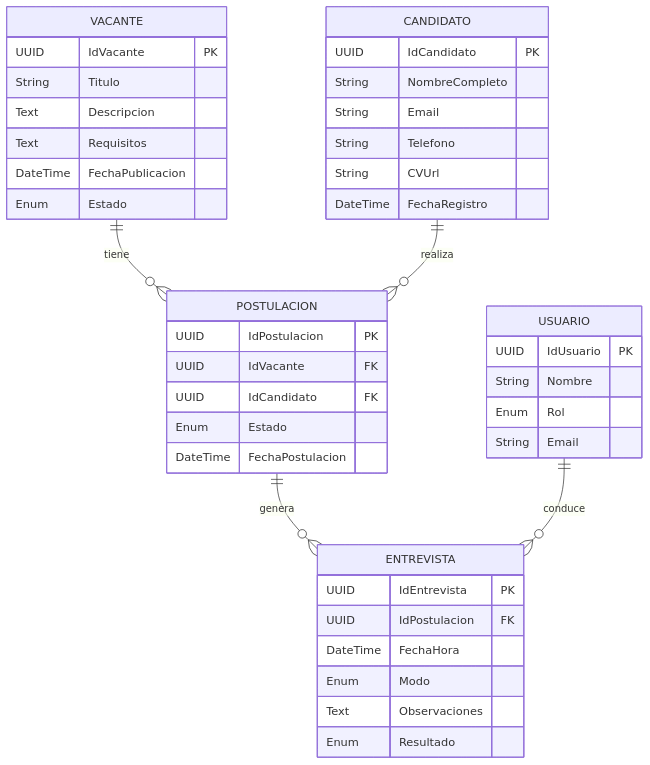
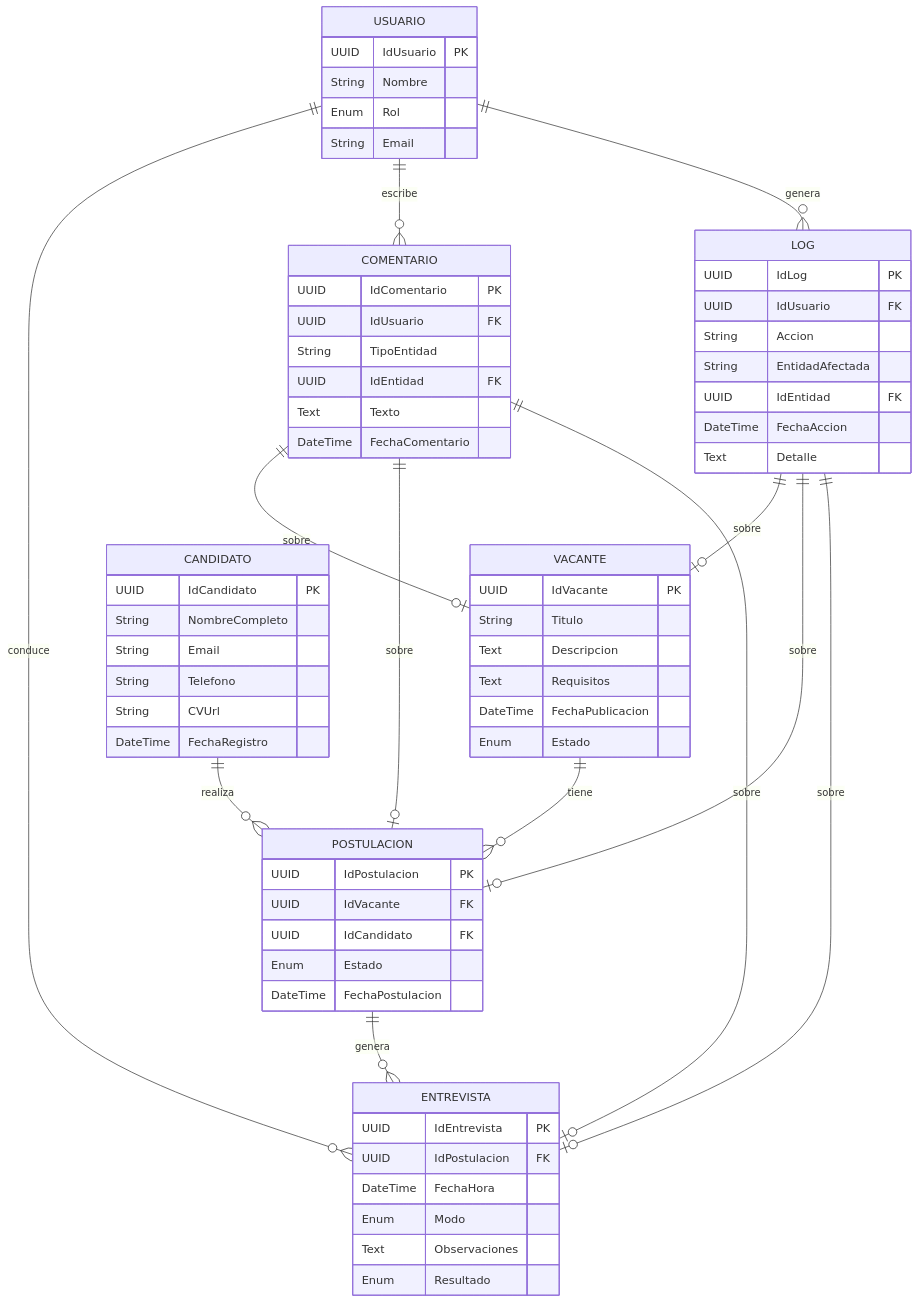
One commit to LIDR-academy/AI4Devs-design-1-RO-1 changed the fourth of 9 diagrams in LTI-JFG.md. Above: the diagram before and after it, drawn with Mermaid. The commit also changed other lines of this file, not shown here.

````diff
--- a/LTI-JFG.md
+++ b/LTI-JFG.md
@@ -232,49 +232,76 @@
 ```mermaid
 erDiagram
     VACANTE {
         UUID IdVacante PK
         String Titulo
         Text Descripcion
         Text Requisitos
         DateTime FechaPublicacion
         Enum Estado
     }
 
     CANDIDATO {
         UUID IdCandidato PK
         String NombreCompleto
         String Email
         String Telefono
         String CVUrl
         DateTime FechaRegistro
     }
 
     POSTULACION {
         UUID IdPostulacion PK
         UUID IdVacante FK
         UUID IdCandidato FK
         Enum Estado
         DateTime FechaPostulacion
     }
 
     ENTREVISTA {
         UUID IdEntrevista PK
         UUID IdPostulacion FK
         DateTime FechaHora
         Enum Modo
         Text Observaciones
         Enum Resultado
     }
 
     USUARIO {
         UUID IdUsuario PK
         String Nombre
         Enum Rol
         String Email
     }
 
+    COMENTARIO {
+        UUID IdComentario PK
+        UUID IdUsuario FK
+        String TipoEntidad
+        UUID IdEntidad FK
+        Text Texto
+        DateTime FechaComentario
+    }
+
+    LOG {
+        UUID IdLog PK
+        UUID IdUsuario FK
+        String Accion
+        String EntidadAfectada
+        UUID IdEntidad FK
+        DateTime FechaAccion
+        Text Detalle
+    }
+
     VACANTE ||--o{ POSTULACION : tiene
     CANDIDATO ||--o{ POSTULACION : realiza
     POSTULACION ||--o{ ENTREVISTA : genera
     USUARIO ||--o{ ENTREVISTA : conduce
+    USUARIO ||--o{ COMENTARIO : escribe
+    USUARIO ||--o{ LOG : genera
+    COMENTARIO ||--o| VACANTE : sobre
+    COMENTARIO ||--o| POSTULACION : sobre
+    COMENTARIO ||--o| ENTREVISTA : sobre
+    LOG ||--o| VACANTE : sobre
+    LOG ||--o| POSTULACION : sobre
+    LOG ||--o| ENTREVISTA : sobre
 ```
````
